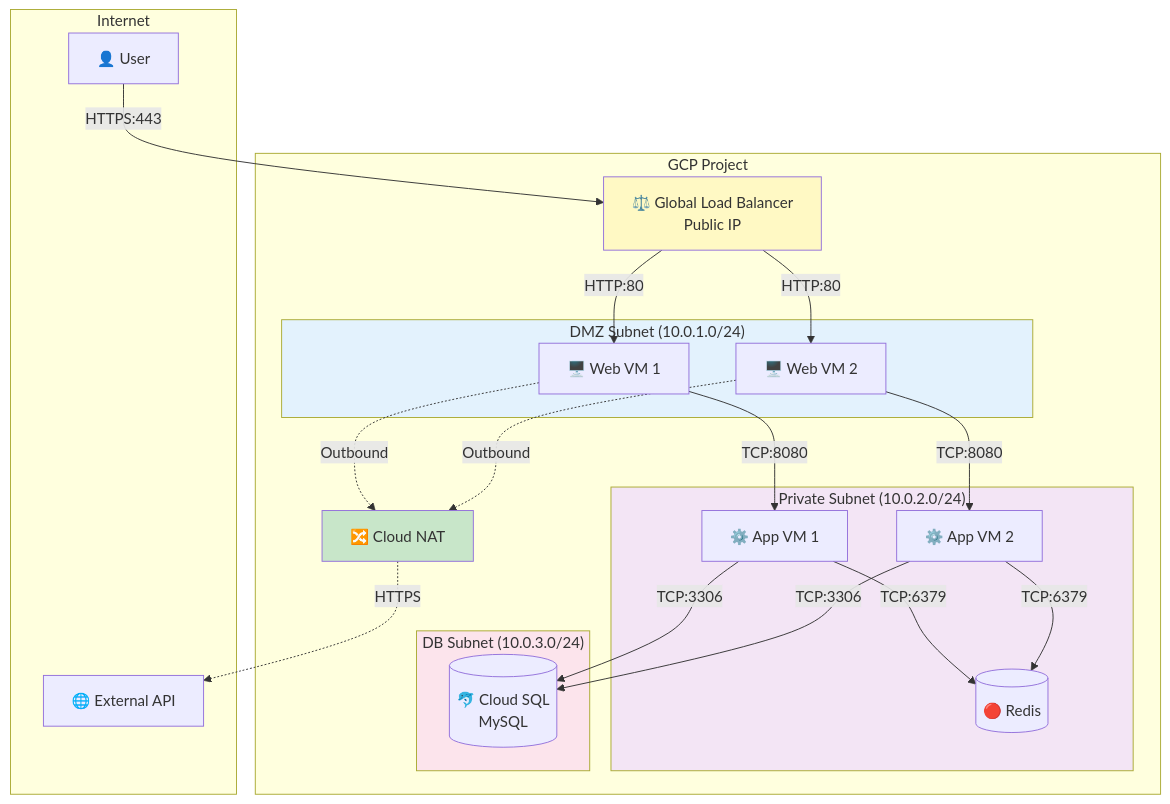
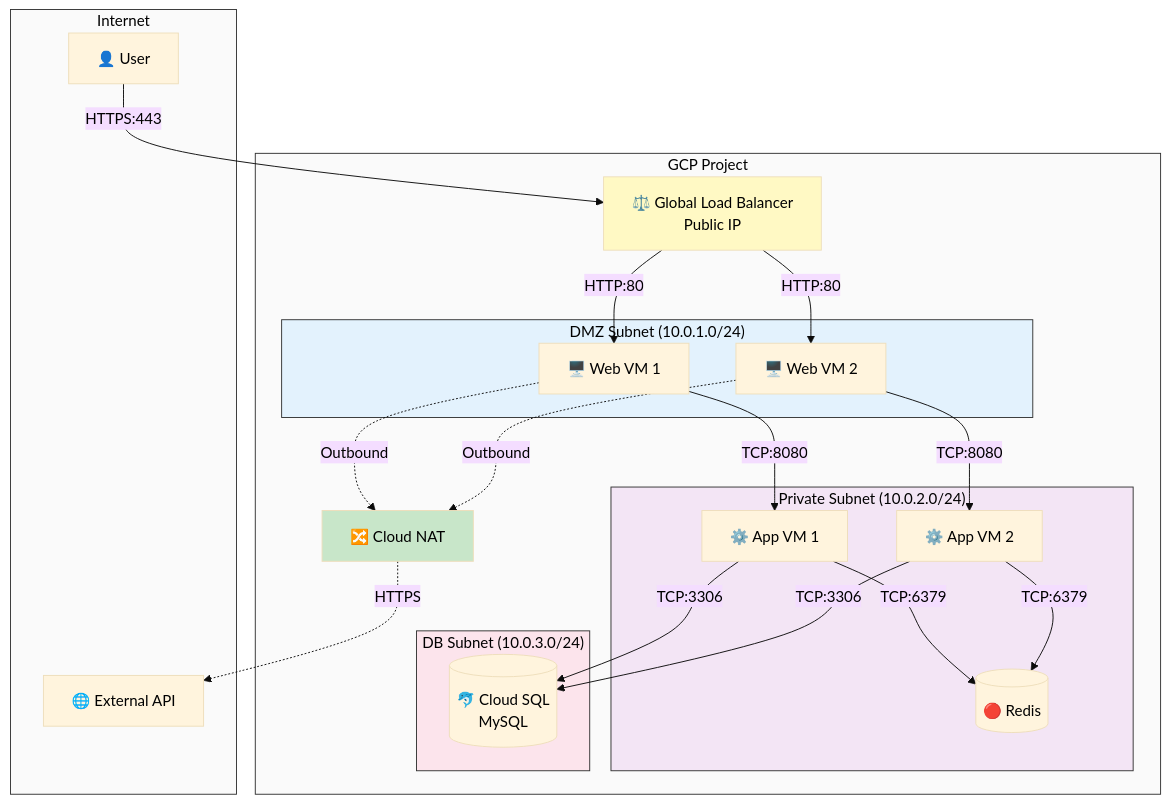
One commit to JSJ2337/GCP_terraform_code changed the second of 9 diagrams in terraform_gcp_infra/docs/architecture/network-design.md. Above: the diagram before and after it, drawn with Mermaid. The commit also changed other lines of this file and 5 other files, not shown here.

First line of the commit message:
style: Mermaid 다이어그램 제목 가독성 개선

````diff
--- a/terraform_gcp_infra/docs/architecture/network-design.md
+++ b/terraform_gcp_infra/docs/architecture/network-design.md
@@ -196,49 +197,52 @@
 ```mermaid
+%%{init: {'theme': 'base', 'themeVariables': { 'primaryTextColor': '#000000', 'clusterBkg': '#ffffff', 'clusterBorder': '#333333' }}}%%
 flowchart TB
-    subgraph Internet
+    subgraph Internet["Internet"]
         USER[👤 User]
         API[🌐 External API]
     end
 
     subgraph GCP["GCP Project"]
         LB[⚖️ Global Load Balancer<br/>Public IP]
         NAT[🔀 Cloud NAT]
 
         subgraph DMZ["DMZ Subnet (10.0.1.0/24)"]
             WEB1[🖥️ Web VM 1]
             WEB2[🖥️ Web VM 2]
         end
 
         subgraph Private["Private Subnet (10.0.2.0/24)"]
             APP1[⚙️ App VM 1]
             APP2[⚙️ App VM 2]
             REDIS[(🔴 Redis)]
         end
 
         subgraph DB["DB Subnet (10.0.3.0/24)"]
             SQL[(🐬 Cloud SQL<br/>MySQL)]
         end
     end
 
     %% Ingress Flow
     USER -->|HTTPS:443| LB
     LB -->|HTTP:80| WEB1
     LB -->|HTTP:80| WEB2
     WEB1 -->|TCP:8080| APP1
     WEB2 -->|TCP:8080| APP2
     APP1 -->|TCP:6379| REDIS
     APP2 -->|TCP:6379| REDIS
     APP1 -->|TCP:3306| SQL
     APP2 -->|TCP:3306| SQL
 
     %% Egress Flow
     WEB1 -.->|Outbound| NAT
     WEB2 -.->|Outbound| NAT
     NAT -.->|HTTPS| API
 
-    style DMZ fill:#e3f2fd
-    style Private fill:#f3e5f5
-    style DB fill:#fce4ec
+    style Internet fill:#fafafa,color:#000000
+    style GCP fill:#fafafa,color:#000000
+    style DMZ fill:#e3f2fd,color:#000000
+    style Private fill:#f3e5f5,color:#000000
+    style DB fill:#fce4ec,color:#000000
     style LB fill:#fff9c4
     style NAT fill:#c8e6c9
 ```
````
